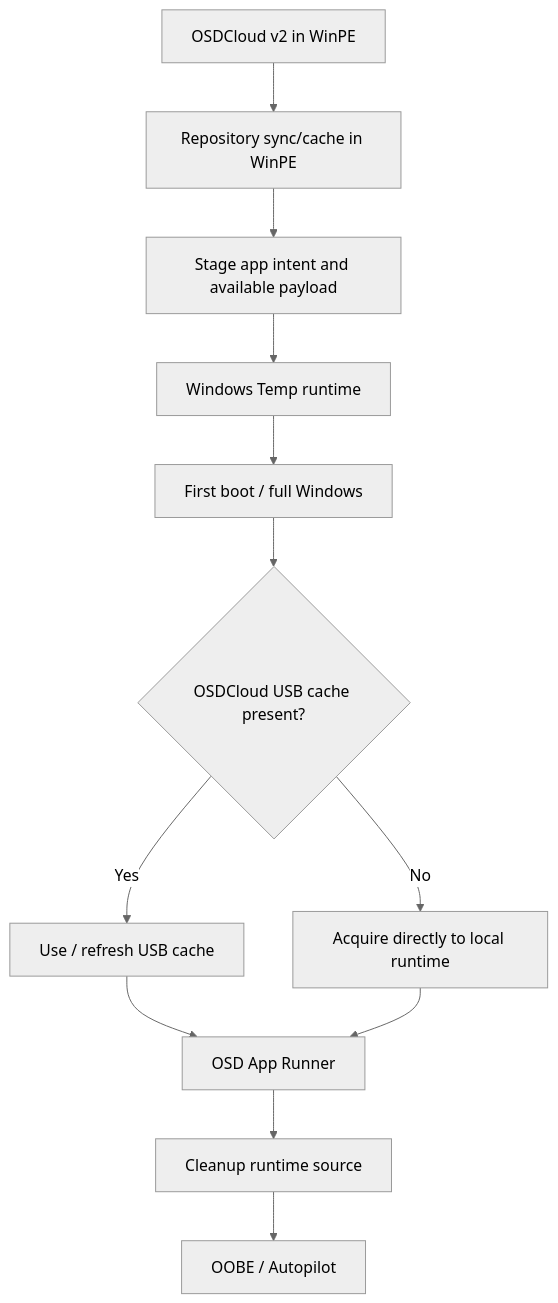
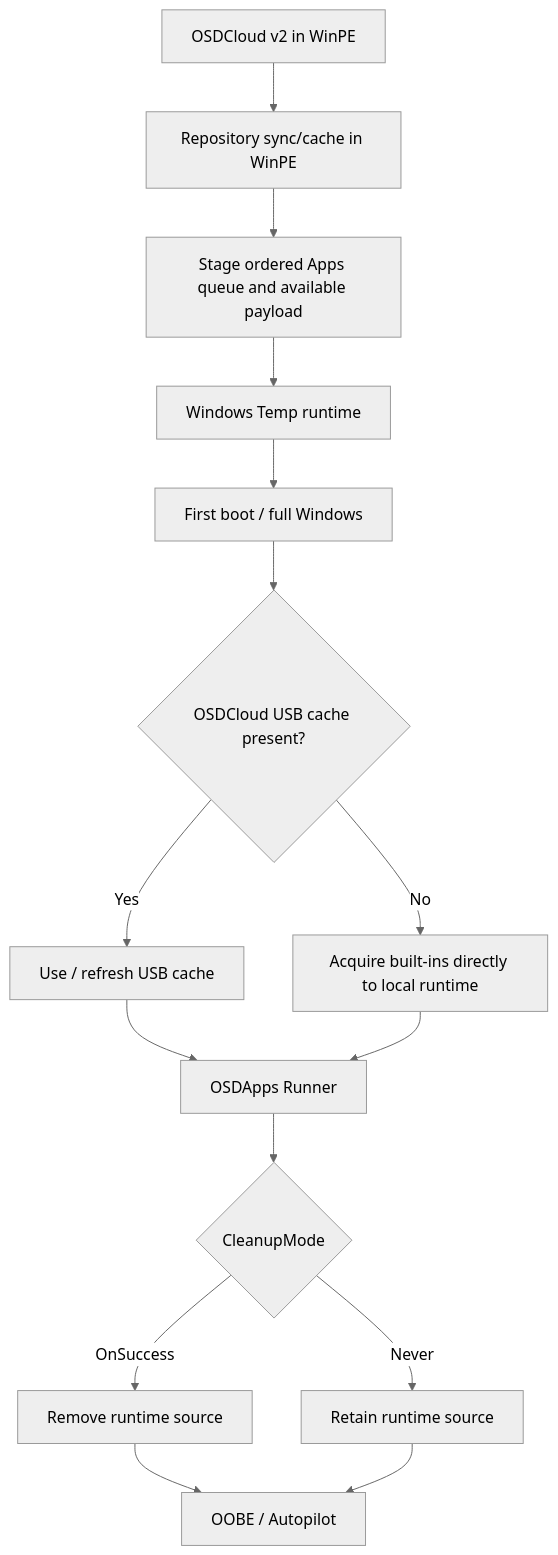
Before and after one commit to roryvossepoel/OSDAppClient: the diagram in docs/architecture.md, drawn with Mermaid (neutral theme). The commit also changed other lines of this file, not shown here.

Commit message:
Refresh architecture documentation for current Apps queue model

````diff
--- a/docs/architecture.md
+++ b/docs/architecture.md
@@ -12,19 +11,23 @@
 ```mermaid
 flowchart TB
     A[OSDCloud v2 in WinPE]
     B[Repository sync/cache in WinPE]
-    C[Stage app intent and available payload]
+    C[Stage ordered Apps queue and available payload]
     D[Windows Temp runtime]
     E[First boot / full Windows]
     F{OSDCloud USB cache present?}
     G[Use / refresh USB cache]
-    H[Acquire directly to local runtime]
-    I[OSD App Runner]
-    J[Cleanup runtime source]
-    K[OOBE / Autopilot]
+    H[Acquire built-ins directly to local runtime]
+    I[OSDApps Runner]
+    J{CleanupMode}
+    K[Remove runtime source]
+    L[Retain runtime source]
+    M[OOBE / Autopilot]
 
     A --> B --> C --> D --> E --> F
     F -->|Yes| G --> I
     F -->|No| H --> I
-    I --> J --> K
+    I --> J
+    J -->|OnSuccess| K --> M
+    J -->|Never| L --> M
 ```
````
